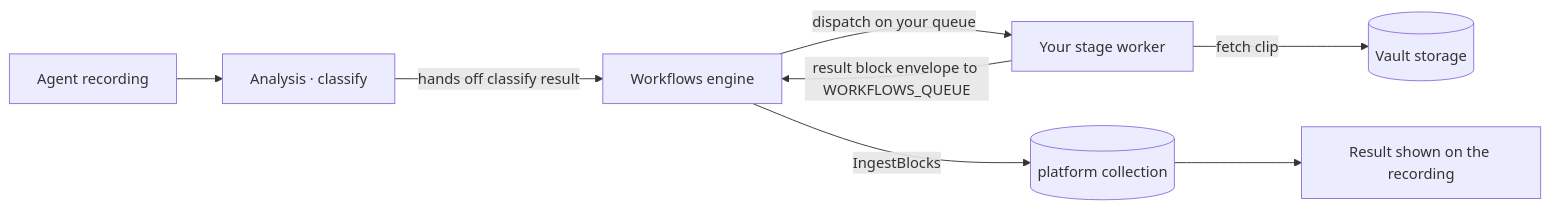
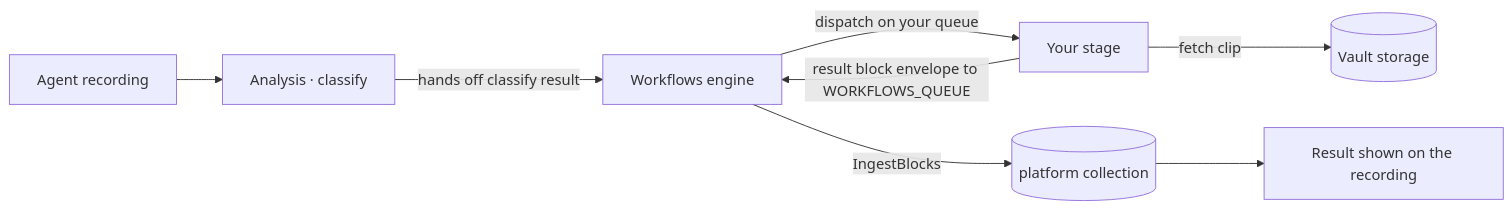
One commit to uug-ai/learn changed the diagram in app/content/tutorials/hub/custom-workflow-stage/index.md. Above: the diagram before and after it, drawn with Mermaid. The commit also changed other lines of this file and 3 other files, not shown here.

````diff
--- a/app/content/tutorials/hub/custom-workflow-stage/index.md
+++ b/app/content/tutorials/hub/custom-workflow-stage/index.md
@@ -118,10 +118,10 @@
 ```mermaid
 flowchart LR
     A[Agent recording] --> B[Analysis · classify]
     B -->|hands off classify result| C[Workflows engine]
-    C -->|dispatch on your queue| D[Your stage worker]
+    C -->|dispatch on your queue| D[Your stage]
     D -->|fetch clip| E[(Vault storage)]
     D -->|result block envelope to WORKFLOWS_QUEUE| C
     C -->|IngestBlocks| F[(platform collection)]
     F --> G[Result shown on the recording]
 ```
````
